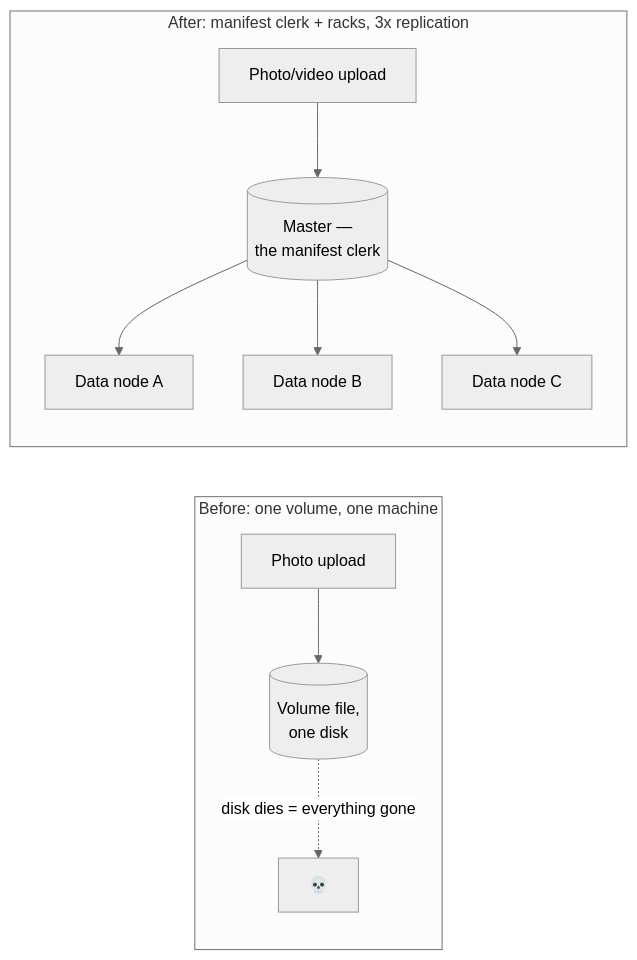
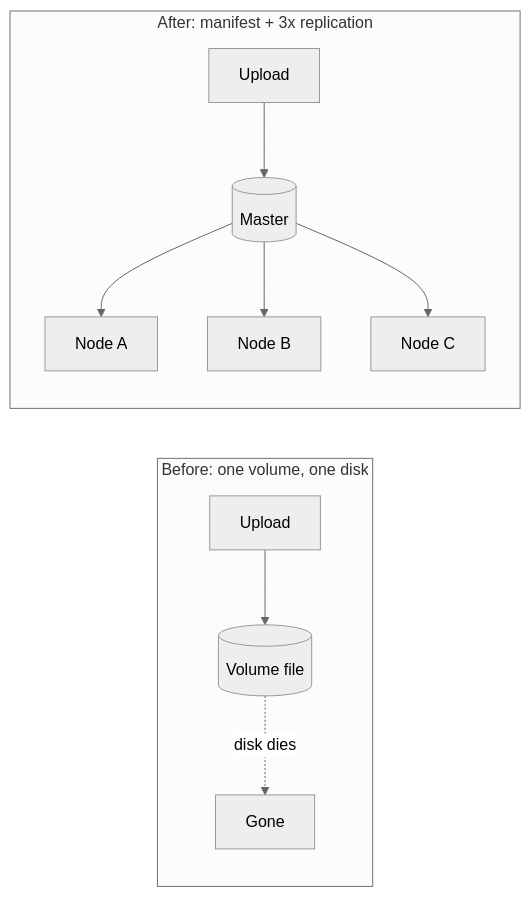
One commit to riyaz-pasha/Learnings changed the second of 16 diagrams in system-design/HLD/0-course/20-Blob-Store-FAANG-Guide-story.md. Above: the diagram before and after it, drawn with Mermaid (neutral theme). The commit also changed other lines of this file and 1 other file, not shown here.

First line of the commit message:
improve readability and fix mermaid diagrams for Blob Store guides

````diff
--- a/system-design/HLD/0-course/20-Blob-Store-FAANG-Guide-story.md
+++ b/system-design/HLD/0-course/20-Blob-Store-FAANG-Guide-story.md
@@ -49,13 +111,13 @@
 ```mermaid
 flowchart LR
-    subgraph Before["Before: one volume, one machine"]
-        P1[Photo upload] --> V1[("Volume file,\none disk")]
-        V1 -.disk dies = everything gone.-> X1[💀]
+    subgraph Before["Before: one volume, one disk"]
+        P1[Upload] --> V1[(Volume file)]
+        V1 -. disk dies .-> X1[Gone]
     end
-    subgraph After["After: manifest clerk + racks, 3x replication"]
-        P2[Photo/video upload] --> Master[("Master —\nthe manifest clerk")]
-        Master --> D1[Data node A]
-        Master --> D2[Data node B]
-        Master --> D3[Data node C]
+    subgraph After["After: manifest + 3x replication"]
+        P2[Upload] --> Master[(Master)]
+        Master --> D1[Node A]
+        Master --> D2[Node B]
+        Master --> D3[Node C]
     end
 ```
````
